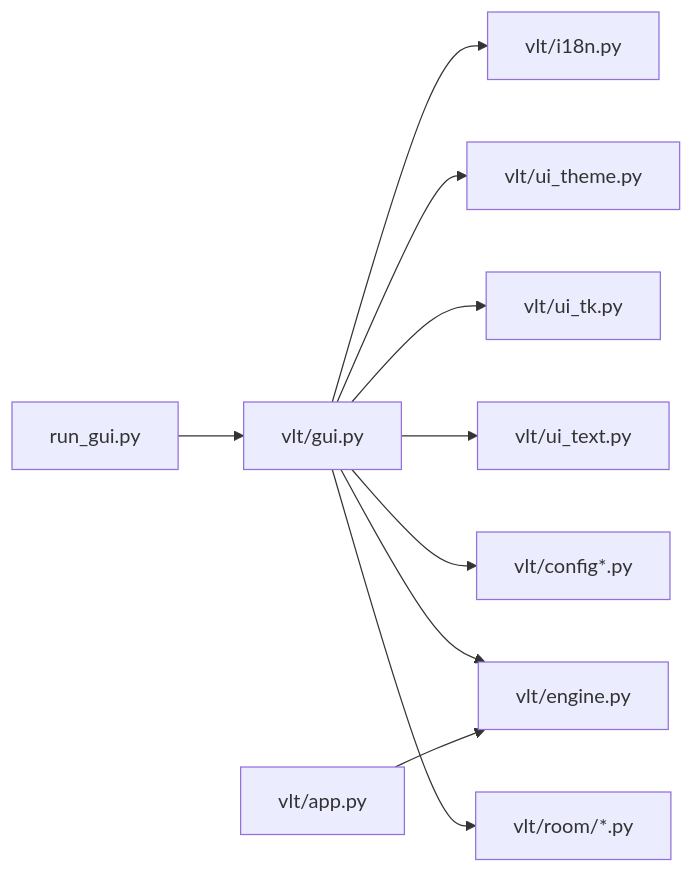
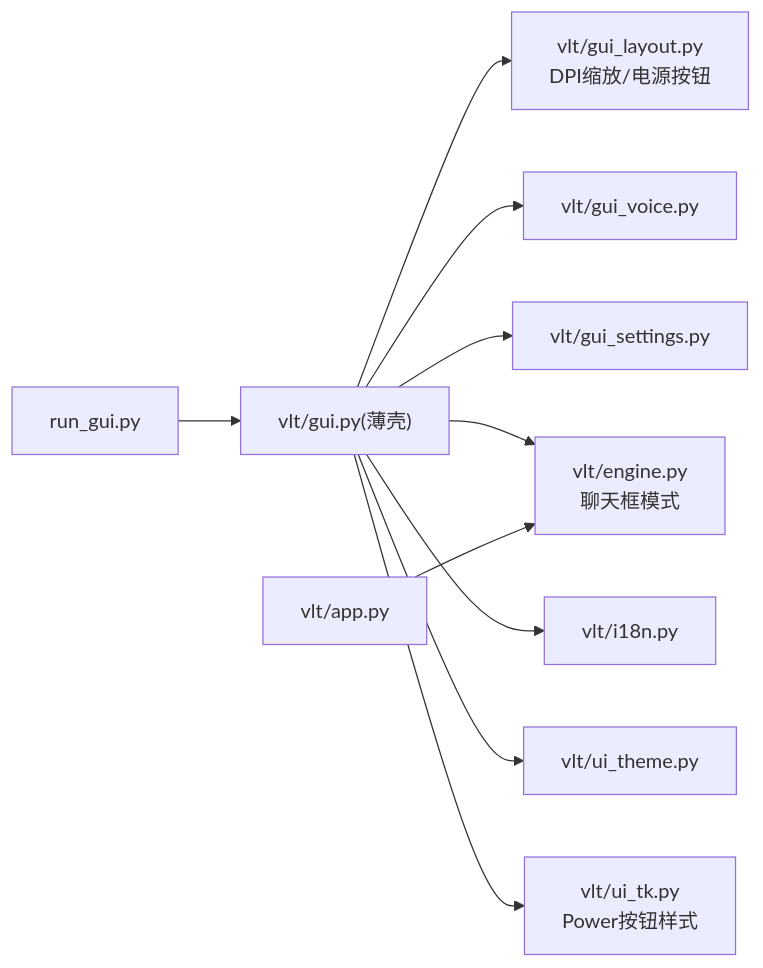
One commit to EMeowAGENT/vrchat-livetranslate changed the seventh of 7 diagrams in .qoder/repowiki/zh/content/图形用户界面/图形用户界面.md. Above: the diagram before and after it, drawn with Mermaid. The commit also changed other lines of this file and 75 other files, not shown here.

````diff
--- a/.qoder/repowiki/zh/content/图形用户界面/图形用户界面.md
+++ b/.qoder/repowiki/zh/content/图形用户界面/图形用户界面.md
@@ -322,12 +305,12 @@
 ```mermaid
 graph LR
-RunGui["run_gui.py"] --> Gui["vlt/gui.py"]
+RunGui["run_gui.py"] --> Gui["vlt/gui.py(薄壳)"]
+Gui --> Layout["vlt/gui_layout.py<br/>DPI缩放/电源按钮"]
+Gui --> Voice["vlt/gui_voice.py"]
+Gui --> Settings["vlt/gui_settings.py"]
+Gui --> Engine["vlt/engine.py<br/>聊天框模式"]
 Gui --> I18N["vlt/i18n.py"]
 Gui --> Theme["vlt/ui_theme.py"]
-Gui --> TK["vlt/ui_tk.py"]
-Gui --> Text["vlt/ui_text.py"]
-Gui --> Config["vlt/config*.py"]
-Gui --> Engine["vlt/engine.py"]
-Gui --> Room["vlt/room/*.py"]
+Gui --> TK["vlt/ui_tk.py<br/>Power按钮样式"]
 App["vlt/app.py"] --> Engine
 ```
````
